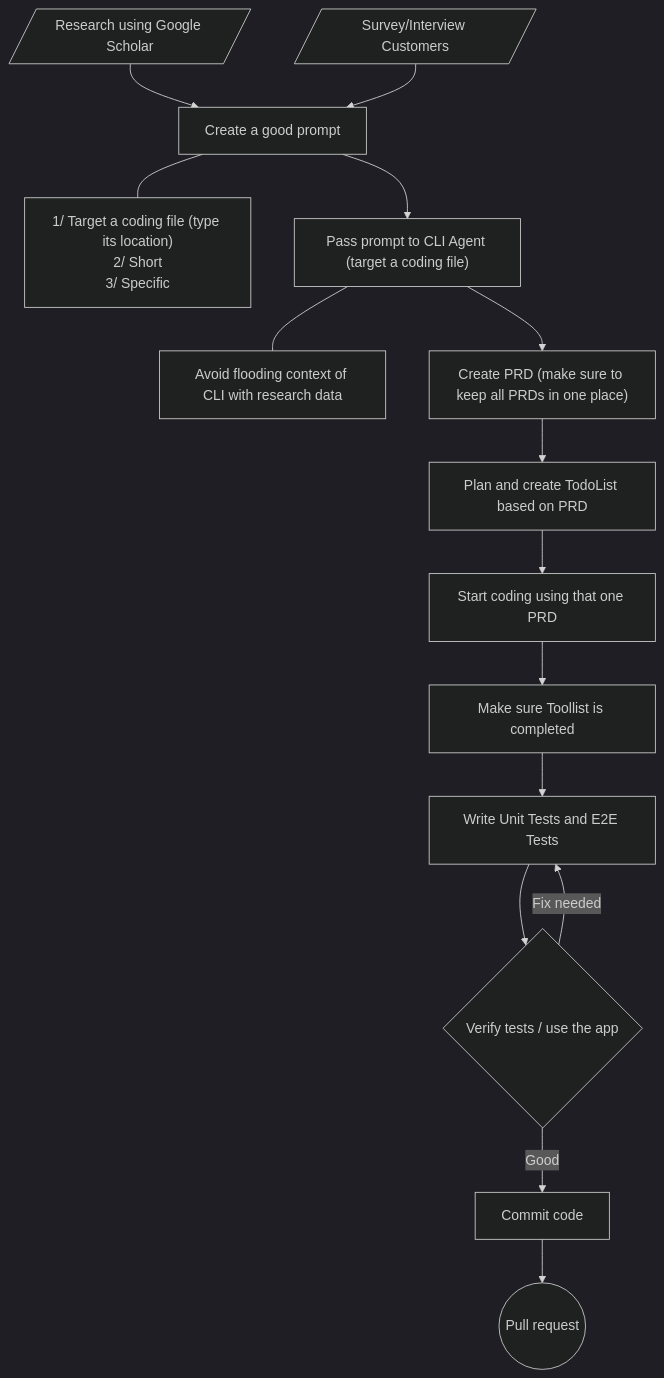
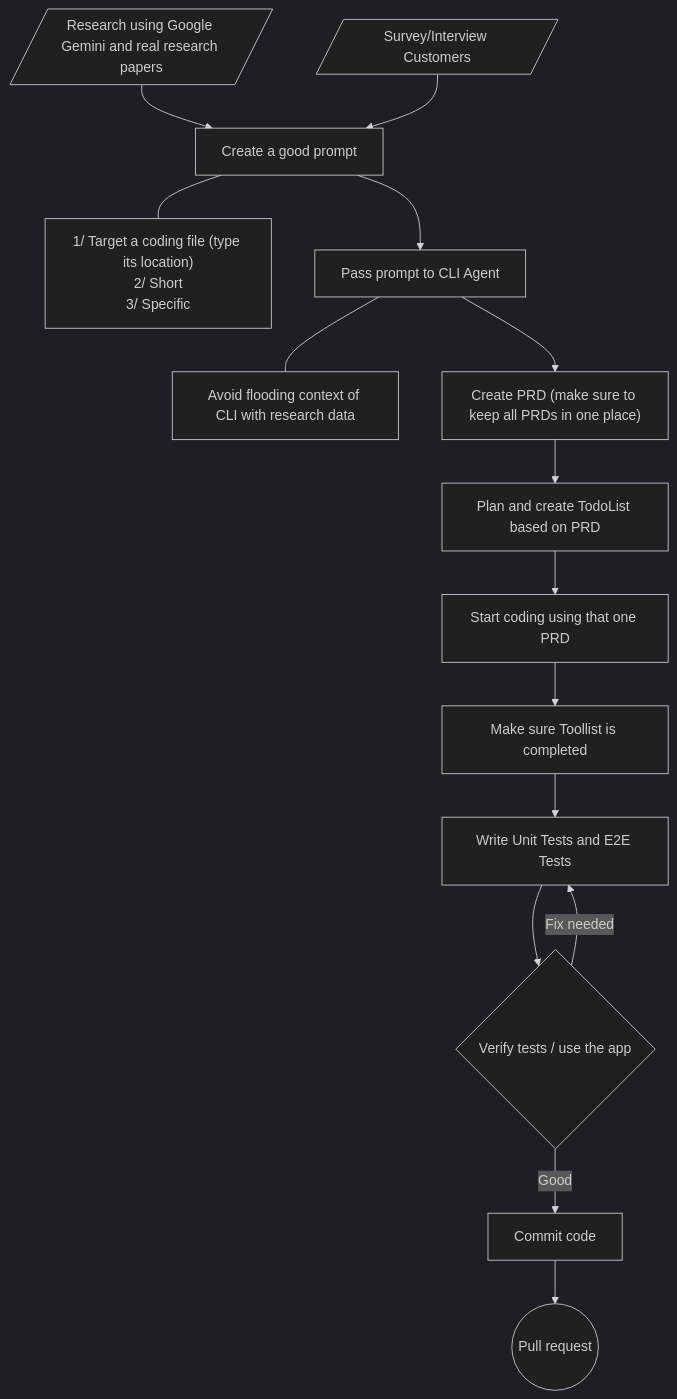
The diagram in README.md (wentallout/wentallout), drawn with Mermaid (dark theme) before and after one commit.

Commit message:
Update research methods in workflow diagram

````diff
--- a/README.md
+++ b/README.md
@@ -10,42 +10,42 @@
 ```mermaid
 graph TD
-    A[/Research using Google Scholar/]
+    A[/Research using Google Gemini and real research papers/]
     B[/Survey/Interview Customers/]
     
     C["Create a good prompt"]
     C_Note["1/ Target a coding file (type its location)<br>2/ Short<br>3/ Specific"]
     
-    D["Pass prompt to CLI Agent (target a coding file)"]
+    D["Pass prompt to CLI Agent"]
     D_Note["Avoid flooding context of CLI with research data"]
     
     E["Create PRD (make sure to keep all PRDs in one place)"]
     F["Plan and create TodoList based on PRD"]
     G["Start coding using that one PRD"]
     H["Make sure Toollist is completed"]
     I["Write Unit Tests and E2E Tests"]
     
     J{"Verify tests / use the app"}
     
     K["Commit code"]
     L(("Pull request"))
 
     %% Connections
     A --> C
     B --> C
     C --- C_Note
     
     C --> D
     D --- D_Note
     
     D --> E
     E --> F
     F --> G
     G --> H
     H --> I
     I --> J
     
     J -->|Good| K
     J -->|Fix needed| I
     
     K --> L
 ```
````
